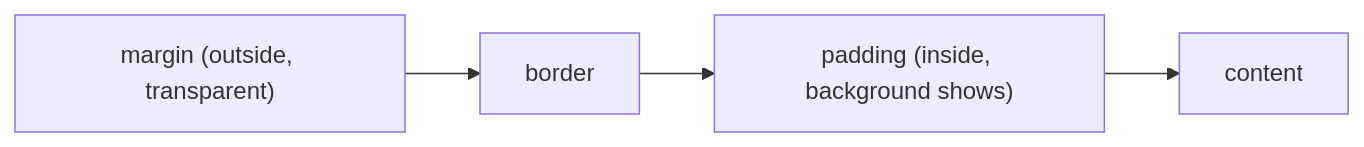
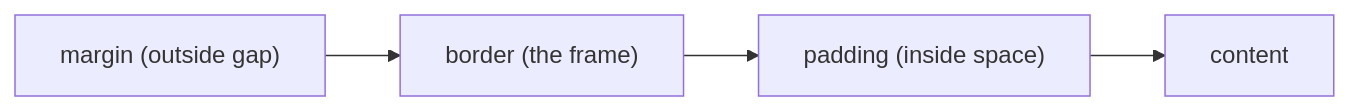
One commit to MuhammadIsmailHasan/fsse-ai-handbook changed the diagram in content/modules/m4/w1/02-css-fundamentals.md. Above: the diagram before and after it, drawn with Mermaid. The commit also changed other lines of this file and 5 other files, not shown here.

````diff
--- a/content/modules/m4/w1/02-css-fundamentals.md
+++ b/content/modules/m4/w1/02-css-fundamentals.md
@@ -75,4 +94,4 @@
 ```mermaid
 flowchart LR
-    M["margin (outside, transparent)"] --> B["border"] --> P["padding (inside, background shows)"] --> C["content"]
+    M["margin (outside gap)"] --> B["border (the frame)"] --> P["padding (inside space)"] --> C["content"]
 ```
````
